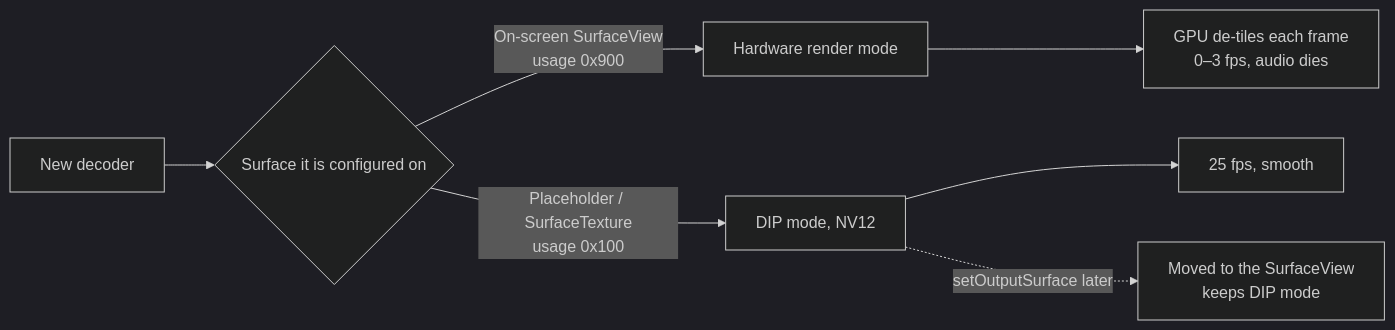
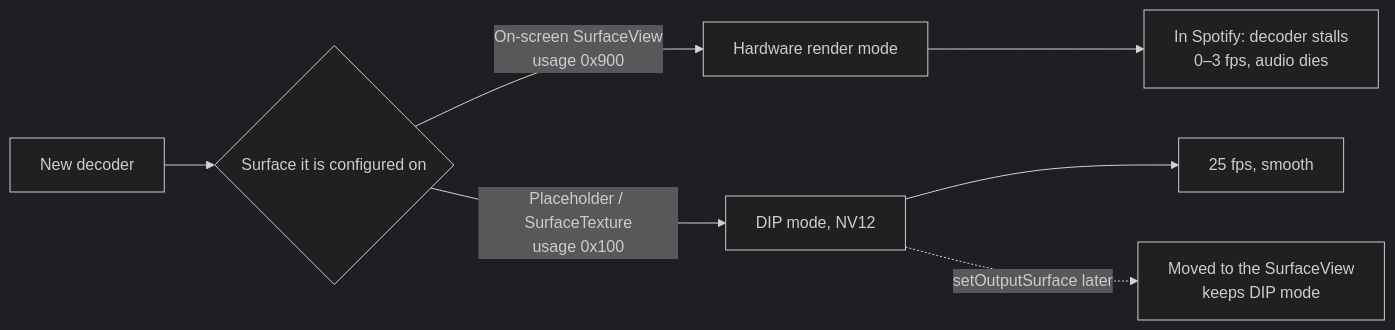
Before and after one commit to Rarasinhoo/spotify-android-tv-video-stutter-patcher: the diagram in README.md, drawn with Mermaid (dark theme). The commit also changed other lines of this file and 1 other file, not shown here.

First line of the commit message:
Correct the root cause: the stall is specific to Spotify's player

````diff
--- a/README.md
+++ b/README.md
@@ -90,9 +89,9 @@
 ```mermaid
 flowchart LR
     A[New decoder] --> B{Surface it is configured on}
     B -->|On-screen SurfaceView<br/>usage 0x900| C[Hardware render mode]
-    C --> D[GPU de-tiles each frame<br/>0–3 fps, audio dies]
+    C --> D[In Spotify: decoder stalls<br/>0–3 fps, audio dies]
     B -->|Placeholder / SurfaceTexture<br/>usage 0x100| E[DIP mode, NV12]
     E --> F[25 fps, smooth]
     E -.->|setOutputSurface later| G[Moved to the SurfaceView<br/>keeps DIP mode]
 ```
````
